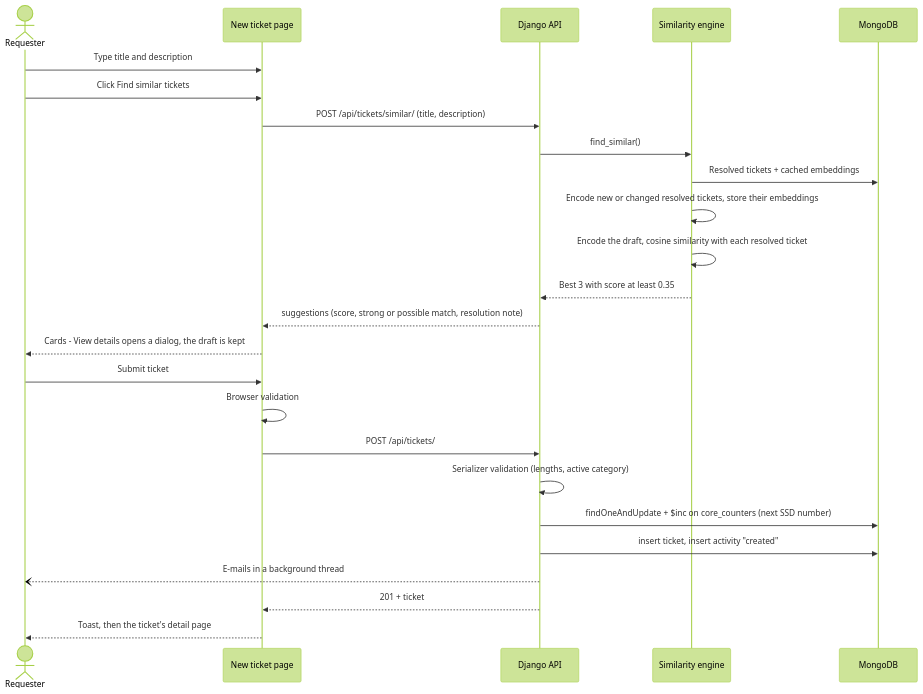
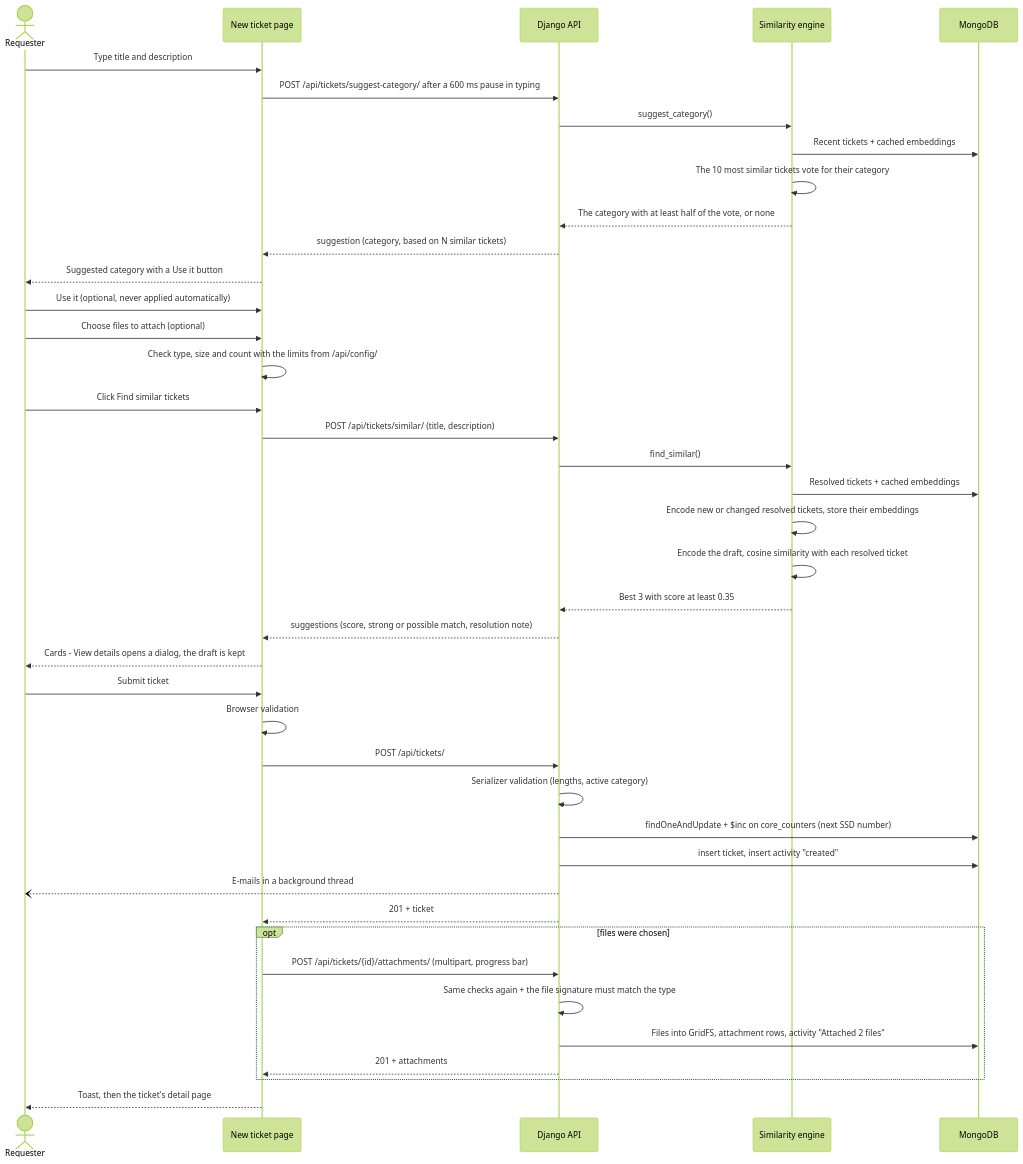
One commit to arunsanjeevms/Smart-Support-Desk changed the fifth of 13 diagrams in docs/WORKFLOWS.md. Above: the diagram before and after it, drawn with Mermaid (forest theme). The commit also changed other lines of this file and 6 other files, not shown here.

First line of the commit message:
Document attachments and the category suggestion across the guides

````diff
--- a/docs/WORKFLOWS.md
+++ b/docs/WORKFLOWS.md
@@ -175,29 +177,47 @@
 ```mermaid
 sequenceDiagram
     actor R as Requester
     participant NG as New ticket page
     participant API as Django API
     participant AI as Similarity engine
     participant DB as MongoDB
 
     R->>NG: Type title and description
+    NG->>API: POST /api/tickets/suggest-category/ after a 600 ms pause in typing
+    API->>AI: suggest_category()
+    AI->>DB: Recent tickets + cached embeddings
+    AI->>AI: The 10 most similar tickets vote for their category
+    AI-->>API: The category with at least half of the vote, or none
+    API-->>NG: suggestion (category, based on N similar tickets)
+    NG-->>R: Suggested category with a Use it button
+    R->>NG: Use it (optional, never applied automatically)
+
+    R->>NG: Choose files to attach (optional)
+    NG->>NG: Check type, size and count with the limits from /api/config/
+
     R->>NG: Click Find similar tickets
     NG->>API: POST /api/tickets/similar/ (title, description)
     API->>AI: find_similar()
     AI->>DB: Resolved tickets + cached embeddings
     AI->>AI: Encode new or changed resolved tickets, store their embeddings
     AI->>AI: Encode the draft, cosine similarity with each resolved ticket
     AI-->>API: Best 3 with score at least 0.35
     API-->>NG: suggestions (score, strong or possible match, resolution note)
     NG-->>R: Cards - View details opens a dialog, the draft is kept
 
     R->>NG: Submit ticket
     NG->>NG: Browser validation
     NG->>API: POST /api/tickets/
     API->>API: Serializer validation (lengths, active category)
     API->>DB: findOneAndUpdate + $inc on core_counters (next SSD number)
     API->>DB: insert ticket, insert activity "created"
     API--)R: E-mails in a background thread
     API-->>NG: 201 + ticket
+    opt files were chosen
+        NG->>API: POST /api/tickets/{id}/attachments/ (multipart, progress bar)
+        API->>API: Same checks again + the file signature must match the type
+        API->>DB: Files into GridFS, attachment rows, activity "Attached 2 files"
+        API-->>NG: 201 + attachments
+    end
     NG-->>R: Toast, then the ticket's detail page
 ```
````
